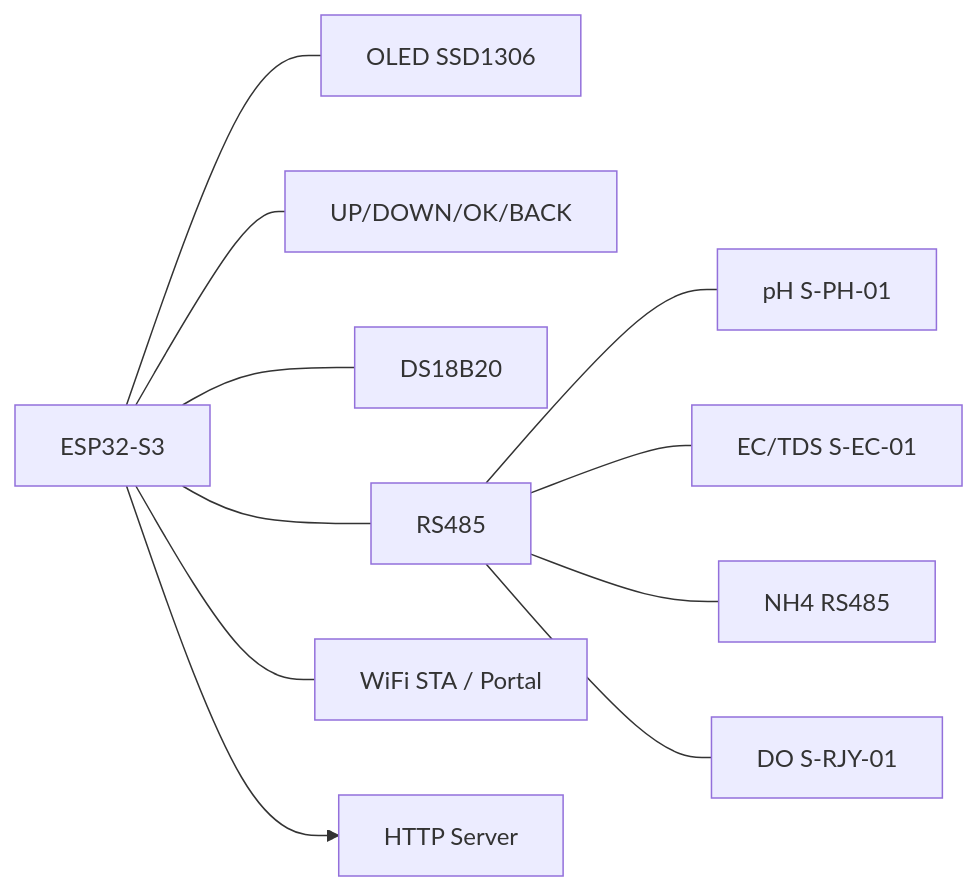
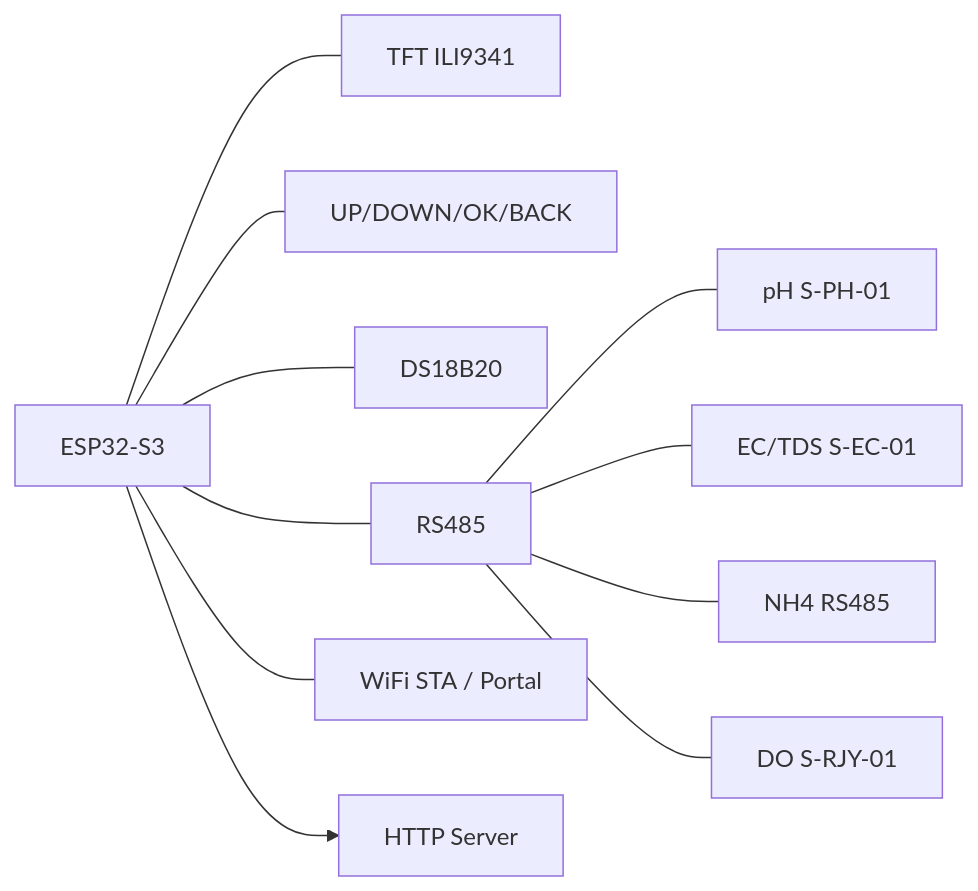
Before and after one commit to Frey210/aquanotes-triangle: the second of 3 diagrams in README.md, drawn with Mermaid. The commit also changed other lines of this file and 3 other files, not shown here.

````diff
--- a/README.md
+++ b/README.md
@@ -55,13 +81,13 @@
 ```mermaid
 graph LR
-  MCU[ESP32-S3] --- OLED[OLED SSD1306]
+  MCU[ESP32-S3] --- TFT[TFT ILI9341]
   MCU --- Buttons[UP/DOWN/OK/BACK]
   MCU --- DS18B20
   MCU --- RS485
   RS485 --- PH[pH S-PH-01]
   RS485 --- EC[EC/TDS S-EC-01]
   RS485 --- NH4[NH4 RS485]
   RS485 --- DO[DO S-RJY-01]
   MCU --- WiFi[WiFi STA / Portal]
   MCU --> Server[HTTP Server]
 ```
````
